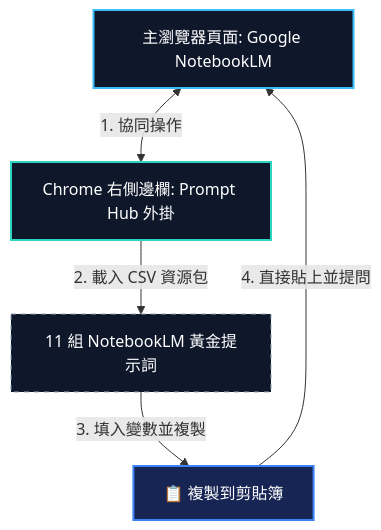
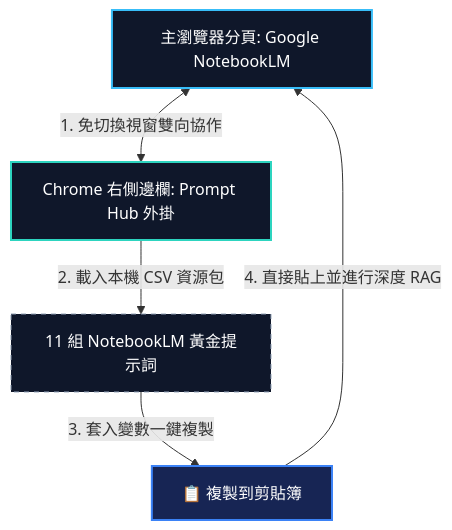
Before and after one commit to falo-chinese/skyline-class: the diagram in class2/part3/prompt_hub_guide.md, drawn with Mermaid. The commit also changed other lines of this file and 20 other files, not shown here.

Commit message:
feat: restructure prompt_hub_guide prioritizing PWA & Ext introduction and falo-taiwan links v2.6

````diff
--- a/class2/part3/prompt_hub_guide.md
+++ b/class2/part3/prompt_hub_guide.md
@@ -11,12 +32,12 @@
 ```mermaid
 flowchart TD
-    A[主瀏覽器頁面: Google NotebookLM] <-->|1. 協同操作| B[Chrome 右側邊欄: Prompt Hub 外掛]
-    B -->|2. 載入 CSV 資源包| C[11 組 NotebookLM 黃金提示詞]
-    C -->|3. 填入變數並複製| D[📋 複製到剪貼簿]
-    D -->|4. 直接貼上並提問| A
+    A[主瀏覽器分頁: Google NotebookLM] <-->|1. 免切換視窗雙向協作| B[Chrome 右側邊欄: Prompt Hub 外掛]
+    B -->|2. 載入本機 CSV 資源包| C[11 組 NotebookLM 黃金提示詞]
+    C -->|3. 套入變數一鍵複製| D[📋 複製到剪貼簿]
+    D -->|4. 直接貼上並進行深度 RAG| A
     
     style A fill:#0f172a,stroke:#38bdf8,stroke-width:2px,color:#fff
     style B fill:#0f172a,stroke:#2dd4bf,stroke-width:2px,color:#fff
     style C fill:#0f172a,stroke:#94a3b8,stroke-dasharray: 5 5,color:#fff
     style D fill:#172554,stroke:#3b82f6,stroke-width:2px,color:#fff
 ```
````
